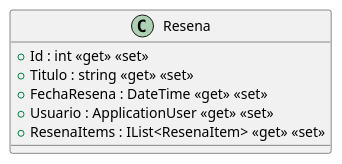
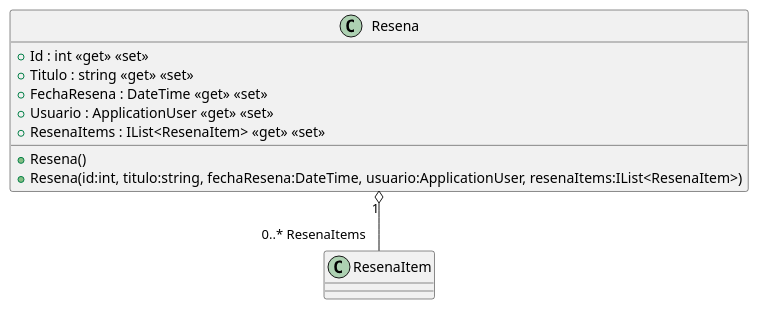
One commit to ISII2627SoftwareEngineers/ISII2627SoftwareEngineers changed the diagram in src/AppForSEII.API/ClassDiagram/Resena.puml. Above: the diagram before and after it, drawn with PlantUML. The commit also changed 13 other files, not shown here.

Commit message:
Actualizados los diagramas de clases y el diagrama del caso de uso 4 ResenarLibros

```diff
--- a/src/AppForSEII.API/ClassDiagram/Resena.puml
+++ b/src/AppForSEII.API/ClassDiagram/Resena.puml
@@ -1,9 +1,12 @@
 @startuml
 class Resena {
+    + Resena()
+    + Resena(id:int, titulo:string, fechaResena:DateTime, usuario:ApplicationUser, resenaItems:IList<ResenaItem>)
     + Id : int <<get>> <<set>>
     + Titulo : string <<get>> <<set>>
     + FechaResena : DateTime <<get>> <<set>>
     + Usuario : ApplicationUser <<get>> <<set>>
     + ResenaItems : IList<ResenaItem> <<get>> <<set>>
 }
+Resena "1" o-- "0..* ResenaItems" ResenaItem
 @enduml
```
